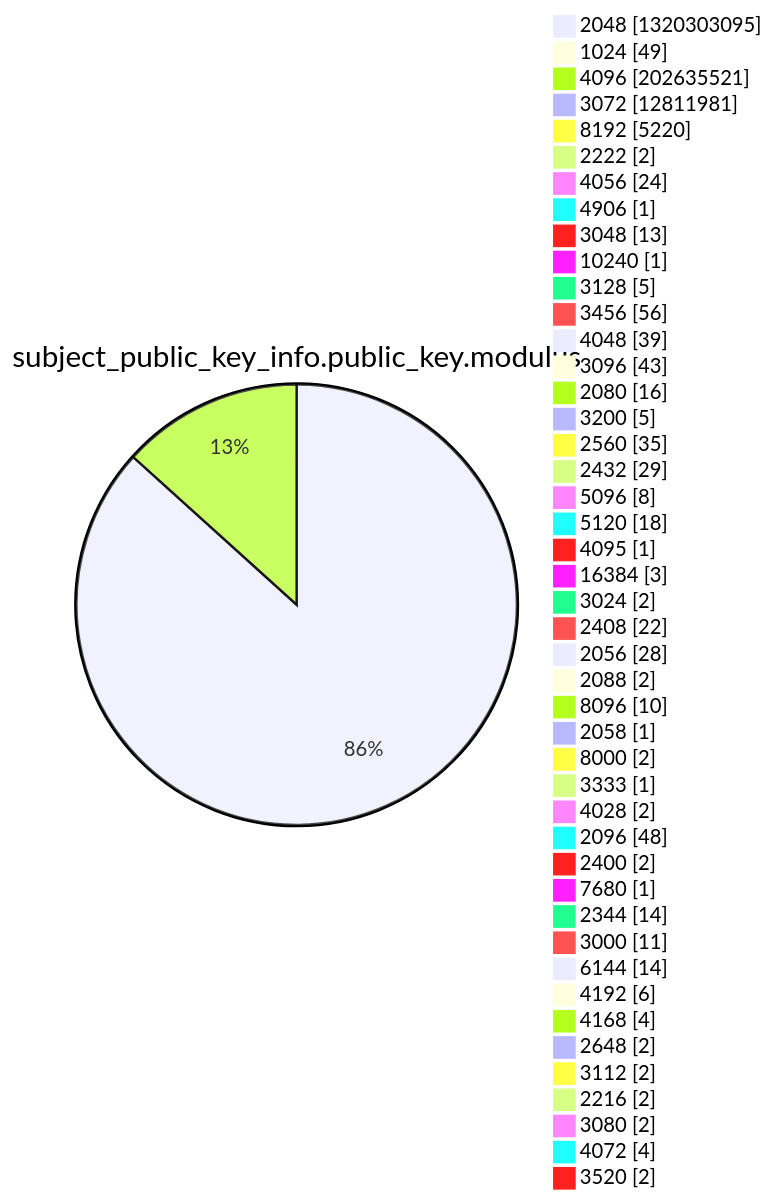
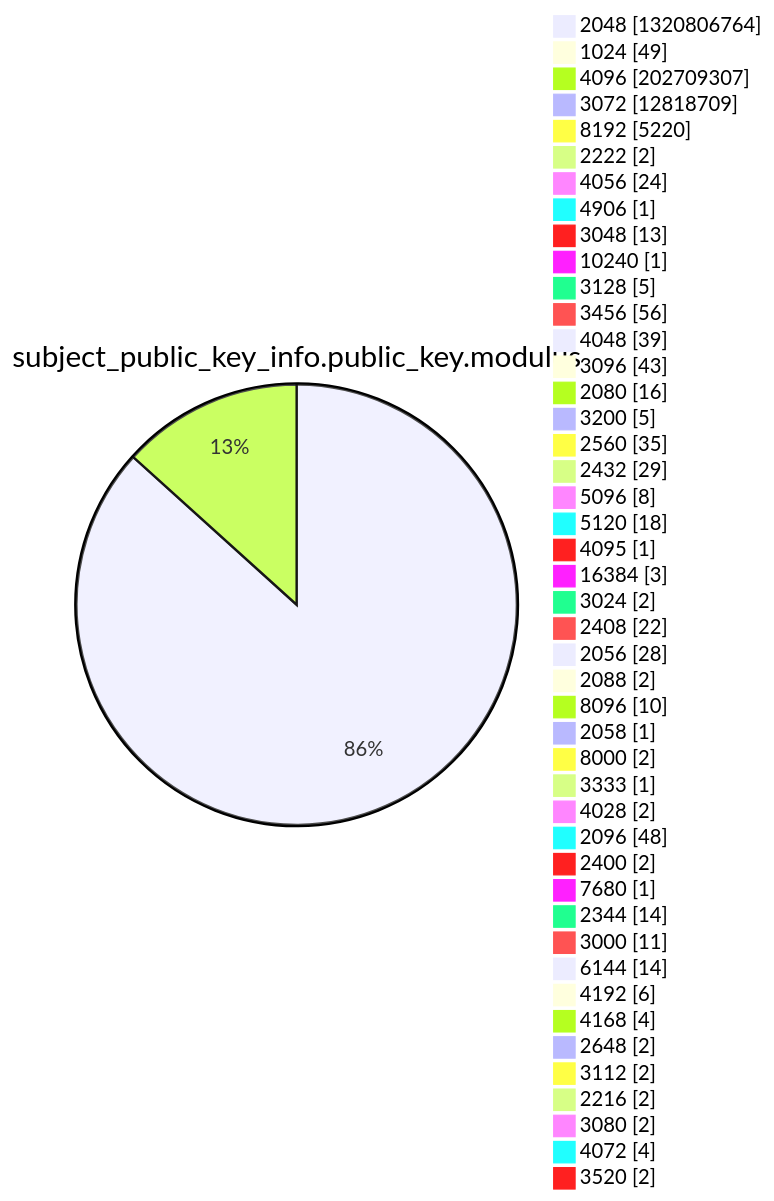
One commit to christiankrug/ctmonitor_visualization changed diagram 13 of 15 in xenon2022/README.md. Above: the diagram before and after it, drawn with Mermaid. The commit also changed other lines of this file, not shown here.

````diff
--- a/xenon2022/README.md
+++ b/xenon2022/README.md
@@ -3925,49 +3925,49 @@
 ```mermaid
 pie showData
 title subject_public_key_info.public_key.modulus
-"2048" :1320303095
+"2048" :1320806764
 "1024" :49
-"4096" :202635521
-"3072" :12811981
+"4096" :202709307
+"3072" :12818709
 "8192" :5220
 "2222" :2
 "4056" :24
 "4906" :1
 "3048" :13
 "10240" :1
 "3128" :5
 "3456" :56
 "4048" :39
 "3096" :43
 "2080" :16
 "3200" :5
 "2560" :35
 "2432" :29
 "5096" :8
 "5120" :18
 "4095" :1
 "16384" :3
 "3024" :2
 "2408" :22
 "2056" :28
 "2088" :2
 "8096" :10
 "2058" :1
 "8000" :2
 "3333" :1
 "4028" :2
 "2096" :48
 "2400" :2
 "7680" :1
 "2344" :14
 "3000" :11
 "6144" :14
 "4192" :6
 "4168" :4
 "2648" :2
 "3112" :2
 "2216" :2
 "3080" :2
 "4072" :4
 "3520" :2
 ```
````
